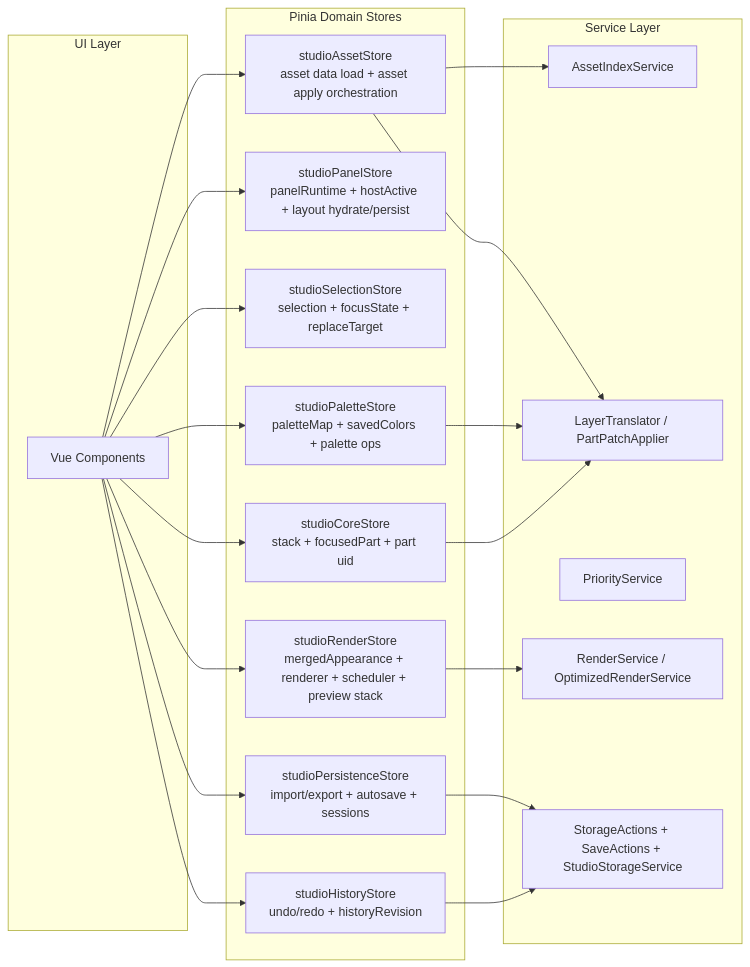
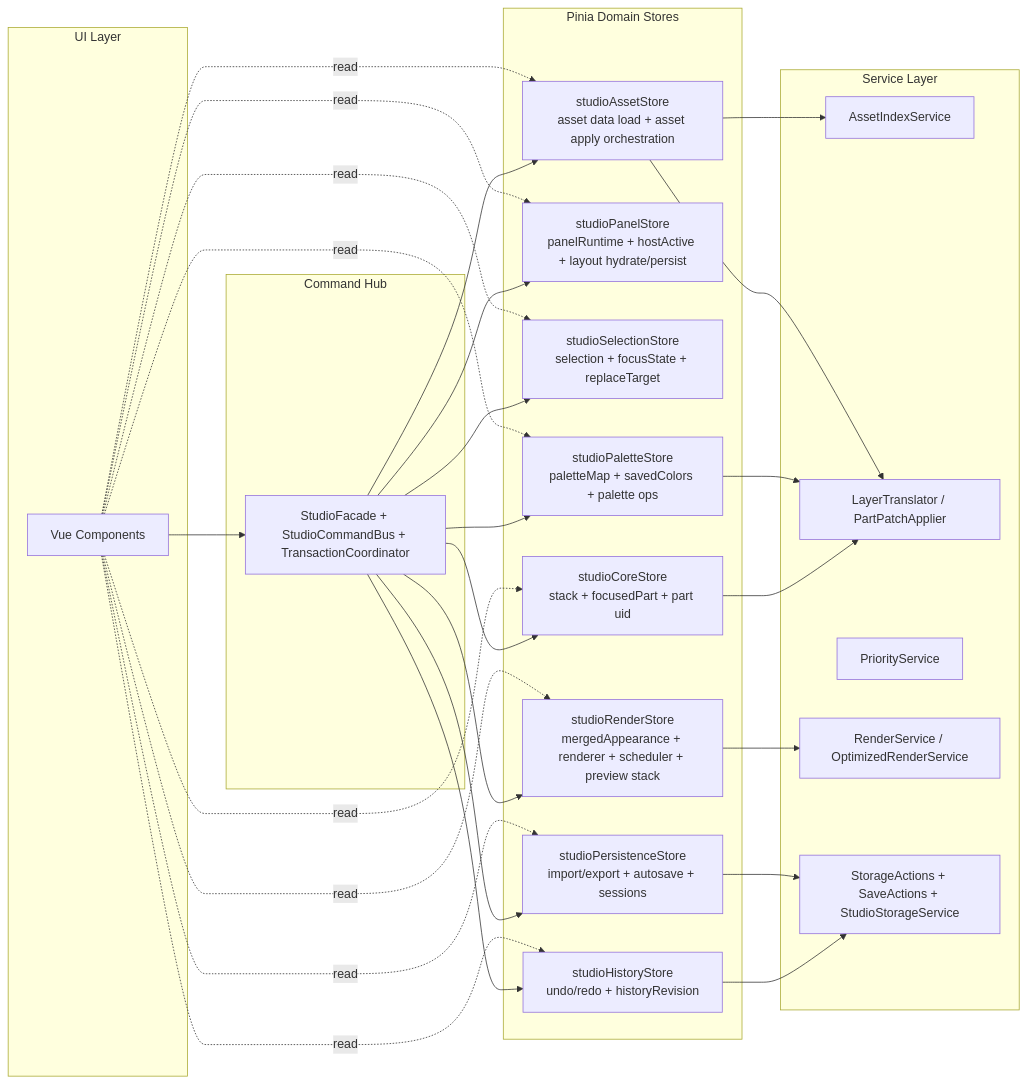
Before and after one commit to VivianMoonlight/Vivians-Portable-Wardrobe: the diagram in docs/studio-store-split-blueprint.md, drawn with Mermaid. The commit also changed other lines of this file and 21 other files, not shown here.

````diff
--- a/docs/studio-store-split-blueprint.md
+++ b/docs/studio-store-split-blueprint.md
@@ -16,42 +23,56 @@
 ```mermaid
 flowchart LR
   subgraph UI[UI Layer]
     VC[Vue Components]
+  end
+
+  subgraph HUB[Command Hub]
+    CMD[StudioFacade + StudioCommandBus + TransactionCoordinator]
   end
 
   subgraph Stores[Pinia Domain Stores]
     CORE[studioCoreStore\nstack + focusedPart + part uid]
     PANEL[studioPanelStore\npanelRuntime + hostActive + layout hydrate/persist]
     SELECT[studioSelectionStore\nselection + focusState + replaceTarget]
     PALETTE[studioPaletteStore\npaletteMap + savedColors + palette ops]
     RENDER[studioRenderStore\nmergedAppearance + renderer + scheduler + preview stack]
     HISTORY[studioHistoryStore\nundo/redo + historyRevision]
     PERSIST[studioPersistenceStore\nimport/export + autosave + sessions]
     ASSET[studioAssetStore\nasset data load + asset apply orchestration]
   end
 
   subgraph Services[Service Layer]
     AIDX[AssetIndexService]
     PTR[LayerTranslator / PartPatchApplier]
     PRIO[PriorityService]
     RS[RenderService / OptimizedRenderService]
     STOR[StorageActions + SaveActions + StudioStorageService]
   end
 
-  VC --> PANEL
-  VC --> SELECT
-  VC --> PALETTE
-  VC --> ASSET
-  VC --> CORE
-  VC --> RENDER
-  VC --> HISTORY
-  VC --> PERSIST
+  VC --> CMD
+  VC -. read .-> PANEL
+  VC -. read .-> SELECT
+  VC -. read .-> PALETTE
+  VC -. read .-> ASSET
+  VC -. read .-> CORE
+  VC -. read .-> RENDER
+  VC -. read .-> HISTORY
+  VC -. read .-> PERSIST
+
+  CMD --> PANEL
+  CMD --> SELECT
+  CMD --> PALETTE
+  CMD --> ASSET
+  CMD --> CORE
+  CMD --> RENDER
+  CMD --> HISTORY
+  CMD --> PERSIST
 
   ASSET --> AIDX
   ASSET --> PTR
   PALETTE --> PTR
   RENDER --> RS
   PERSIST --> STOR
   CORE --> PTR
   HISTORY --> STOR
 ```
````
